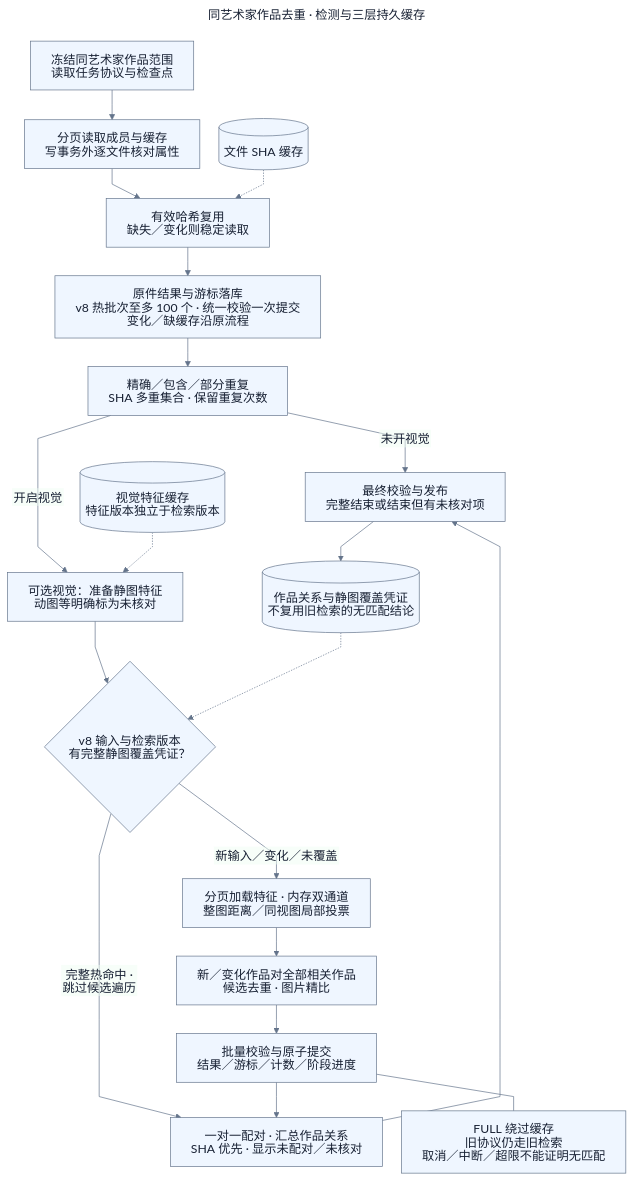
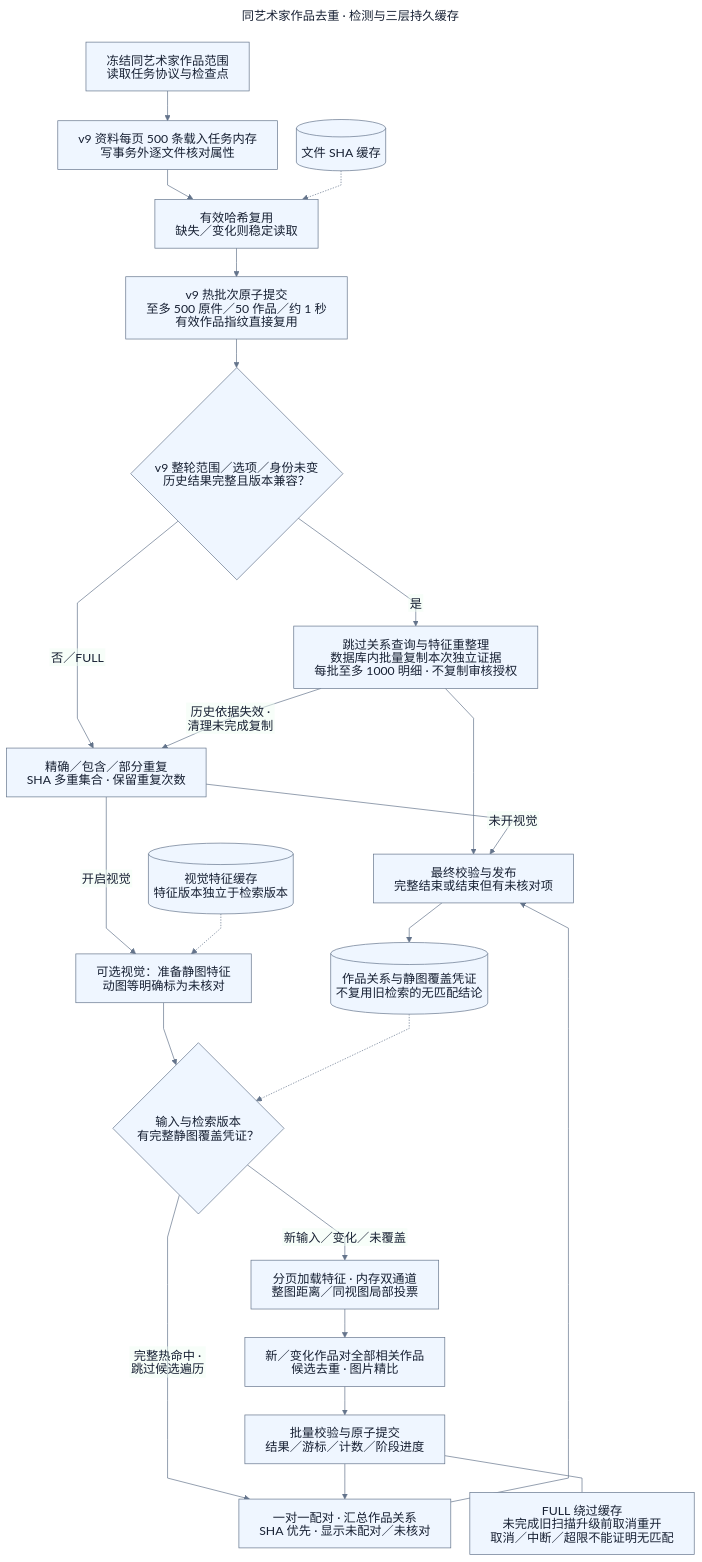
One commit to namehu/PixiShelf changed the diagram in docs/diagrams/features/artwork-deduplication/detection.mmd. Above: the diagram before and after it, drawn with Mermaid. The commit also changed 92 other files, not shown here.

```diff
--- a/docs/diagrams/features/artwork-deduplication/detection.mmd
+++ b/docs/diagrams/features/artwork-deduplication/detection.mmd
@@ -1,49 +1,54 @@
 ---
 config:
   theme: base
   htmlLabels: false
   themeVariables:
     fontFamily: 'Arial, PingFang SC, Microsoft YaHei, sans-serif'
     fontSize: 18px
     background: '#ffffff'
     primaryColor: '#eff6ff'
     primaryTextColor: '#172033'
     primaryBorderColor: '#64748b'
     lineColor: '#64748b'
     secondaryColor: '#f0fdf4'
     tertiaryColor: '#fff7ed'
   flowchart:
     htmlLabels: false
     curve: linear
     nodeSpacing: 28
     rankSpacing: 42
     wrappingWidth: 340
 title: 同艺术家作品去重 · 检测与三层持久缓存
 ---
 flowchart TB
   D01[冻结同艺术家作品范围<br/>读取任务协议与检查点]
-  D02[分页读取成员与缓存<br/>写事务外逐文件核对属性]
+  D02[v9 资料每页 500 条载入任务内存<br/>写事务外逐文件核对属性]
   D03[(文件 SHA 缓存)]
   D04[有效哈希复用<br/>缺失／变化则稳定读取]
   D05[精确／包含／部分重复<br/>SHA 多重集合 · 保留重复次数]
   D07[可选视觉：准备静图特征<br/>动图等明确标为未核对]
   D08[(视觉特征缓存<br/>特征版本独立于检索版本)]
-  D09{v8 输入与检索版本<br/>有完整静图覆盖凭证？}
+  D09{输入与检索版本<br/>有完整静图覆盖凭证？}
   D10[分页加载特征 · 内存双通道<br/>整图距离／同视图局部投票]
   D14[新／变化作品对全部相关作品<br/>候选去重 · 图片精比]
   D15[批量校验与原子提交<br/>结果／游标／计数／阶段进度]
   D16[一对一配对 · 汇总作品关系<br/>SHA 优先 · 显示未配对／未核对]
   D11[(作品关系与静图覆盖凭证<br/>不复用旧检索的无匹配结论)]
   D12[最终校验与发布<br/>完整结束或结束但有未核对项]
-  D17[原件结果与游标落库<br/>v8 热批次至多 100 个 · 统一校验一次提交<br/>变化／缺缓存沿原流程]
-  D01 --> D02 --> D04 --> D17 --> D05
+  D17[v9 热批次原子提交<br/>至多 500 原件／50 作品／约 1 秒<br/>有效作品指纹直接复用]
+  D18{v9 整轮范围／选项／身份未变<br/>历史结果完整且版本兼容？}
+  D19[跳过关系查询与特征重整理<br/>数据库内批量复制本次独立证据<br/>每批至多 1000 明细 · 不复制审核授权]
+  D01 --> D02 --> D04 --> D17 --> D18
+  D18 -->|否／FULL| D05
+  D18 -->|是| D19 --> D12
+  D19 -->|历史依据失效 · 清理未完成复制| D05
   D03 -.-> D04
   D05 -->|未开视觉| D12
   D05 -->|开启视觉| D07 --> D09
   D08 -.-> D07
   D11 -.-> D09
   D09 -->|完整热命中 · 跳过候选遍历| D16
   D09 -->|新输入／变化／未覆盖| D10 --> D14 --> D15 --> D16
   D16 --> D12 --> D11
-  D13[FULL 绕过缓存<br/>旧协议仍走旧检索<br/>取消／中断／超限不能证明无匹配]
+  D13[FULL 绕过缓存<br/>未完成旧扫描升级前取消重开<br/>取消／中断／超限不能证明无匹配]
   D15 --- D13
```
